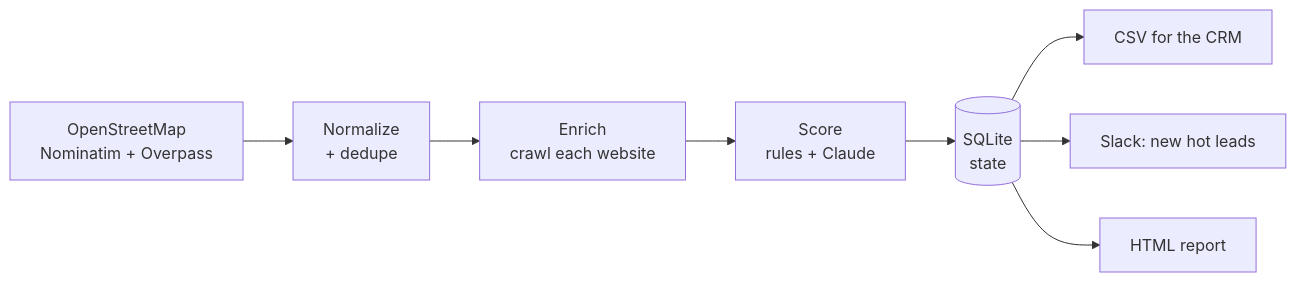
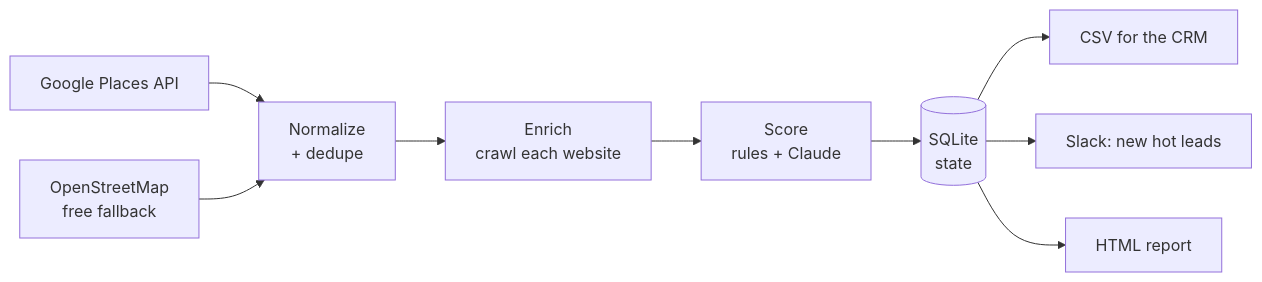
Before and after one commit to liam22222/lead-data-pipeline: the diagram in README.md, drawn with Mermaid. The commit also changed other lines of this file and 12 other files, not shown here.

First line of the commit message:
Add Google Places source (website, phone, rating, reviews); detect chains by shared website; few-reviews signal

````diff
--- a/README.md
+++ b/README.md
@@ -21,10 +21,11 @@
 ```mermaid
 flowchart LR
-    A[OpenStreetMap<br/>Nominatim + Overpass] --> B[Normalize<br/>+ dedupe]
+    A1[Google Places API] --> B[Normalize<br/>+ dedupe]
+    A2[OpenStreetMap<br/>free fallback] --> B
     B --> C[Enrich<br/>crawl each website]
     C --> D[Score<br/>rules + Claude]
     D --> E[(SQLite<br/>state)]
     E --> F[CSV for the CRM]
     E --> G[Slack: new hot leads]
     E --> H[HTML report]
 ```
````
